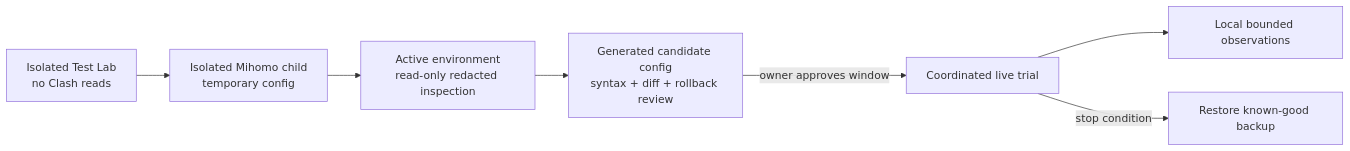
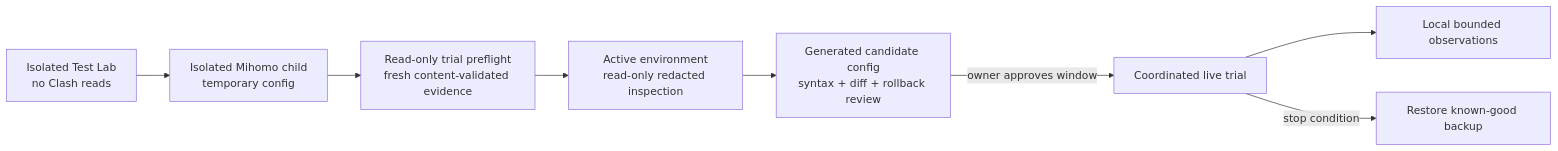
The diagram in docs/08-observation-and-live-trial.md (firfisa/smartroute), drawn with Mermaid before and after one commit. The commit also changed other lines of this file and 17 other files, not shown here.

Commit message:
feat(trial): add read-only preflight

````diff
--- a/docs/08-observation-and-live-trial.md
+++ b/docs/08-observation-and-live-trial.md
@@ -28,9 +28,10 @@
 ```mermaid
 flowchart LR
     Lab["Isolated Test Lab\nno Clash reads"] --> Spike["Isolated Mihomo child\ntemporary config"]
-    Spike --> Inspect["Active environment\nread-only redacted inspection"]
+    Spike --> Preflight["Read-only trial preflight\nfresh content-validated evidence"]
+    Preflight --> Inspect["Active environment\nread-only redacted inspection"]
     Inspect --> Review["Generated candidate config\nsyntax + diff + rollback review"]
     Review -->|"owner approves window"| Trial["Coordinated live trial"]
     Trial --> Analyze["Local bounded observations"]
     Trial -->|"stop condition"| Rollback["Restore known-good backup"]
 ```
````
